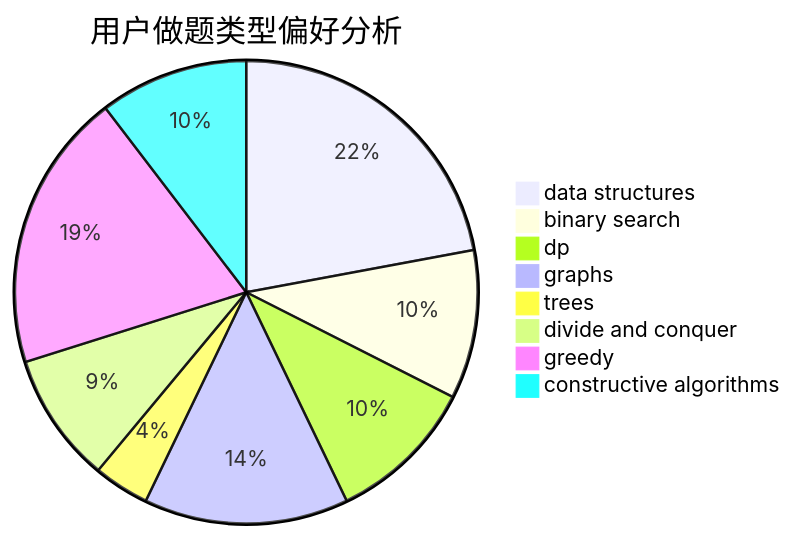
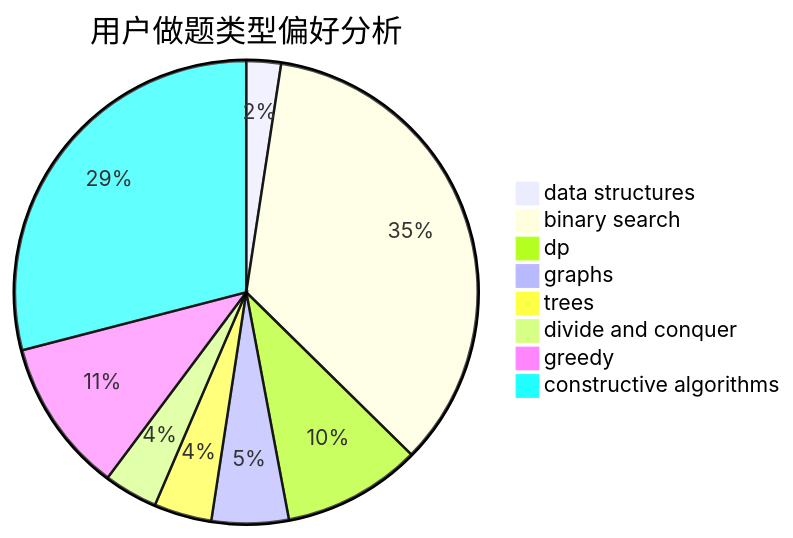
The second of 3 diagrams in docs/user/u332.md (sherpahu/cfrs.github.io), drawn with Mermaid before and after one commit. The commit also changed other lines of this file and 2770 other files, not shown here.

````diff
--- a/docs/user/u332.md
+++ b/docs/user/u332.md
@@ -23,11 +23,11 @@
 ```mermaid
 pie title 用户做题类型偏好分析
-    "data structures" :  17
-    "binary search" :  8
-    "dp" :  8
-    "graphs" :  11
-    "trees" :  3
-    "divide and conquer" :  7
-    "greedy" :  15
-    "constructive algorithms" :  8
+    "data structures" :  9
+    "binary search" :  130
+    "dp" :  36
+    "graphs" :  20
+    "trees" :  15
+    "divide and conquer" :  14
+    "greedy" :  40
+    "constructive algorithms" :  108
 ```
````
